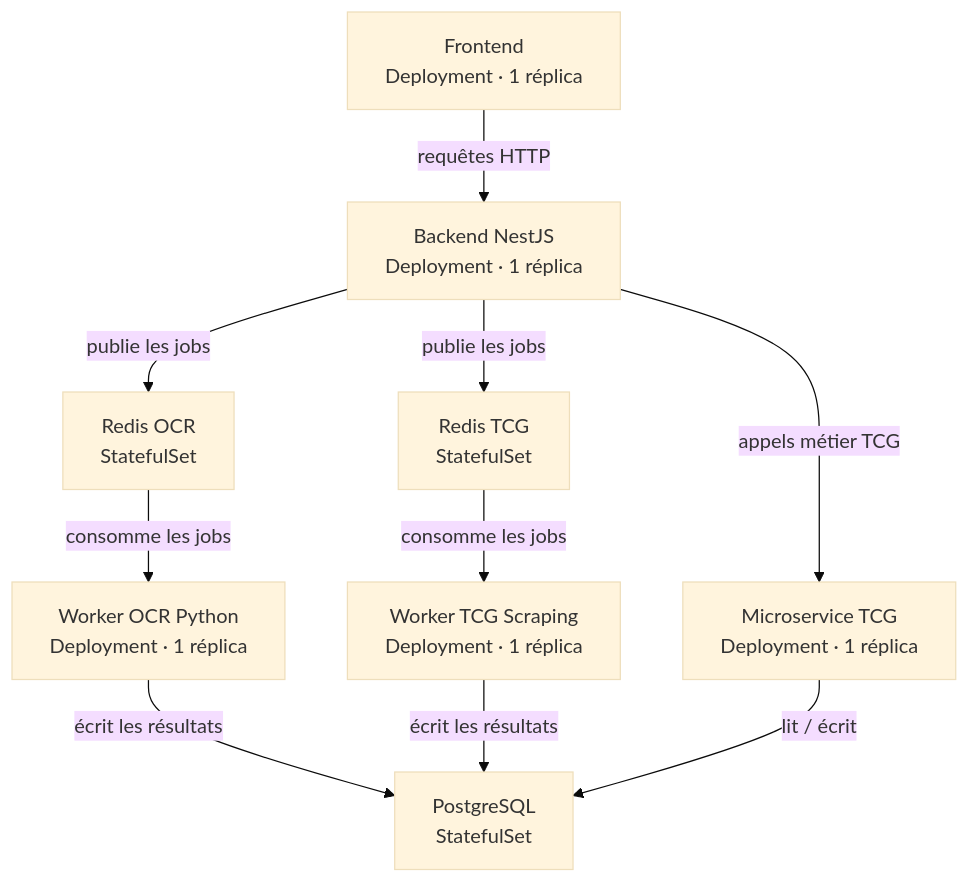
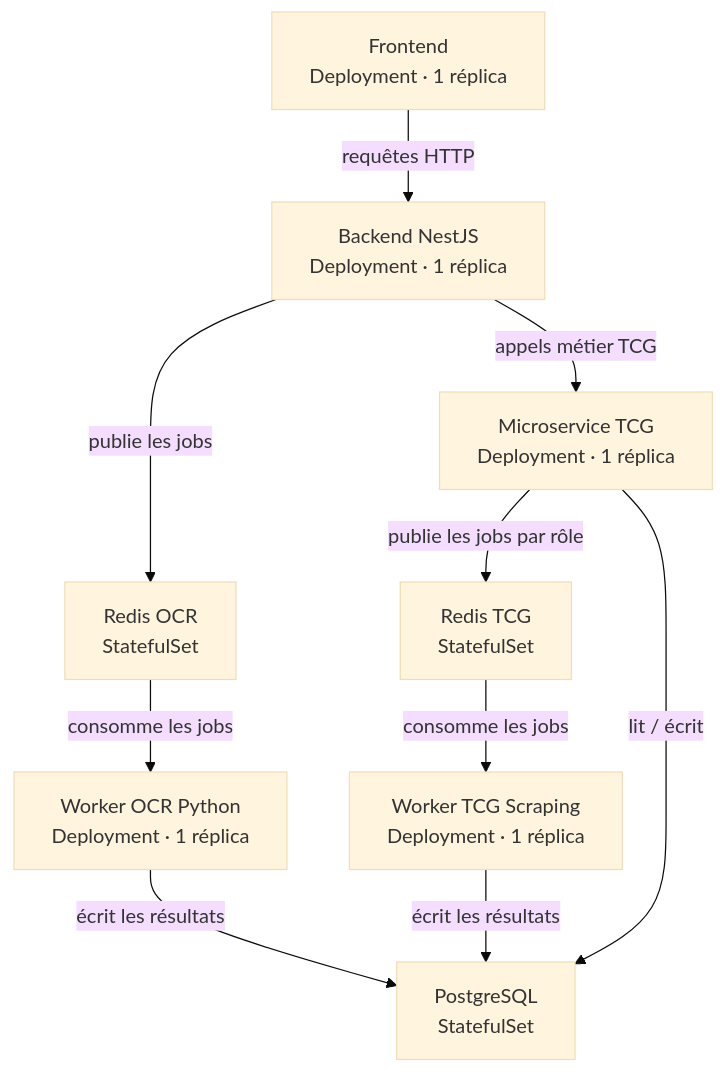
One commit to Collectionr/collectionr_epitech changed the second of 2 diagrams in docs/devops/D01-environnement.md. Above: the diagram before and after it, drawn with Mermaid (base theme). The commit also changed other lines of this file and 3 other files, not shown here.

````diff
--- a/docs/devops/D01-environnement.md
+++ b/docs/devops/D01-environnement.md
@@ -108,21 +108,21 @@
 ```mermaid
 graph TD
     Frontend["Frontend\nDeployment · 1 réplica"]
     Backend["Backend NestJS\nDeployment · 1 réplica"]
     MicroTCG["Microservice TCG\nDeployment · 1 réplica"]
     WOCR["Worker OCR Python\nDeployment · 1 réplica"]
     WTCG["Worker TCG Scraping\nDeployment · 1 réplica"]
     RedisOCR["Redis OCR\nStatefulSet"]
     RedisTCG["Redis TCG\nStatefulSet"]
     PG["PostgreSQL\nStatefulSet"]
 
     Frontend -->|"requêtes HTTP"| Backend
     Backend -->|"appels métier TCG"| MicroTCG
     Backend -->|"publie les jobs"| RedisOCR
-    Backend -->|"publie les jobs"| RedisTCG
+    MicroTCG -->|"publie les jobs par rôle"| RedisTCG
     RedisOCR -->|"consomme les jobs"| WOCR
     RedisTCG -->|"consomme les jobs"| WTCG
     WOCR -->|"écrit les résultats"| PG
     WTCG -->|"écrit les résultats"| PG
     MicroTCG -->|"lit / écrit"| PG
 ```
````
